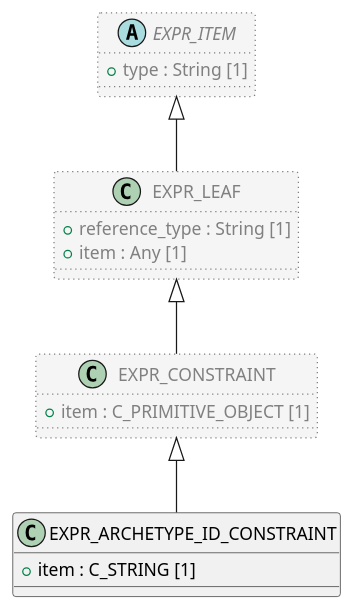
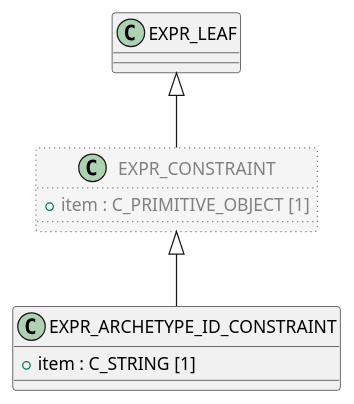
One commit to sebastian-iancu/code-generator changed the diagram in code/Adoc/openehr_am_2.3.0/plantUML/classes/org.openehr.am.aom2.expr_archetype_id_constraint.adoc. Above: the diagram before and after it, drawn with PlantUML. The commit also changed 719 other files, not shown here.

```diff
--- a/code/Adoc/openehr_am_2.3.0/plantUML/classes/org.openehr.am.aom2.expr_archetype_id_constraint.adoc
+++ b/code/Adoc/openehr_am_2.3.0/plantUML/classes/org.openehr.am.aom2.expr_archetype_id_constraint.adoc
@@ -1,30 +1,19 @@
 [plantuml,EXPR_ARCHETYPE_ID_CONSTRAINT,format=svg,svg-type="inline"]
 -----
 @startuml
 
 class EXPR_ARCHETYPE_ID_CONSTRAINT {
   + item : C_STRING [1]
 }
 
 class EXPR_CONSTRAINT  #whitesmoke;line:gray;line.dotted;text:gray {
   + item : C_PRIMITIVE_OBJECT [1]
 }
 
-class EXPR_LEAF  #whitesmoke;line:gray;line.dotted;text:gray {
-  + reference_type : String [1]
-  + item : Any [1]
-}
-
-abstract class EXPR_ITEM  #whitesmoke;line:gray;line.dotted;text:gray {
-  + type : String [1]
-}
-
-EXPR_ITEM <|-- EXPR_LEAF
-
 EXPR_LEAF <|-- EXPR_CONSTRAINT
 
 EXPR_CONSTRAINT <|-- EXPR_ARCHETYPE_ID_CONSTRAINT
 
 
 @enduml
 -----
```
